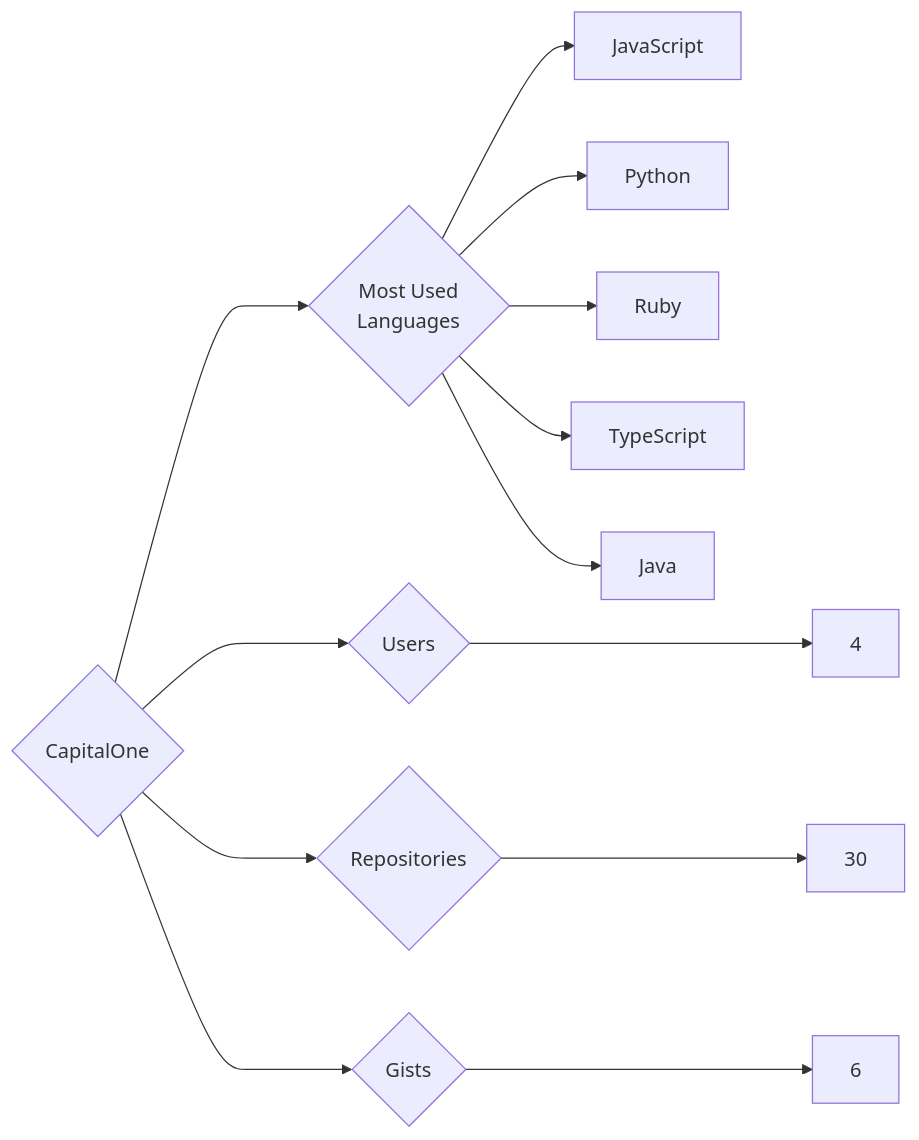
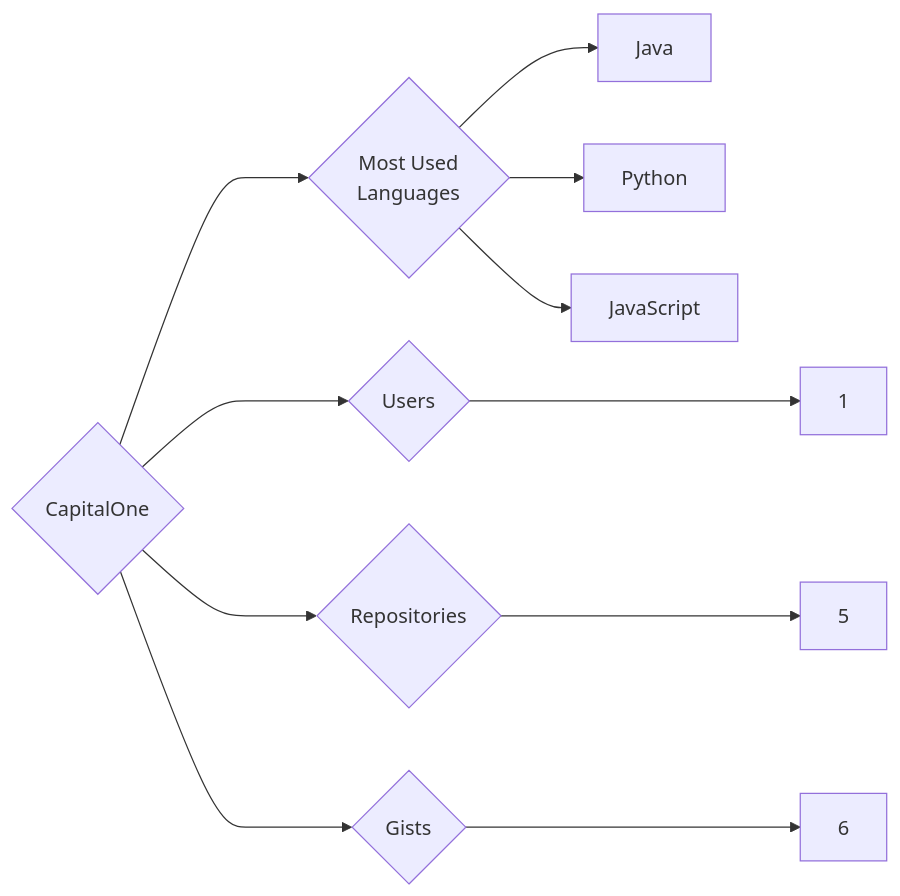
One commit to trickest/insiders changed the diagram in targets/CapitalOne/README.md. Above: the diagram before and after it, drawn with Mermaid. The commit also changed 1141 other files, not shown here.

````diff
--- a/targets/CapitalOne/README.md
+++ b/targets/CapitalOne/README.md
@@ -3,13 +3,11 @@
 ```mermaid
 graph LR
 COMPANY_NAME{CapitalOne}
-COMPANY_NAME ---> U{Users} ---> UN[4]
-COMPANY_NAME ---> R{Repositories} ---> RN[30]
+COMPANY_NAME ---> U{Users} ---> UN[1]
+COMPANY_NAME ---> R{Repositories} ---> RN[5]
 COMPANY_NAME ---> G{Gists} ---> GN[6]
 COMPANY_NAME ---> ML{Most Used<br>Languages}
+ML --> Java[Java]
+ML --> Python[Python]
 ML --> JavaScript[JavaScript]
-ML --> Python[Python]
-ML --> Ruby[Ruby]
-ML --> TypeScript[TypeScript]
-ML --> Java[Java]
 ```
````
